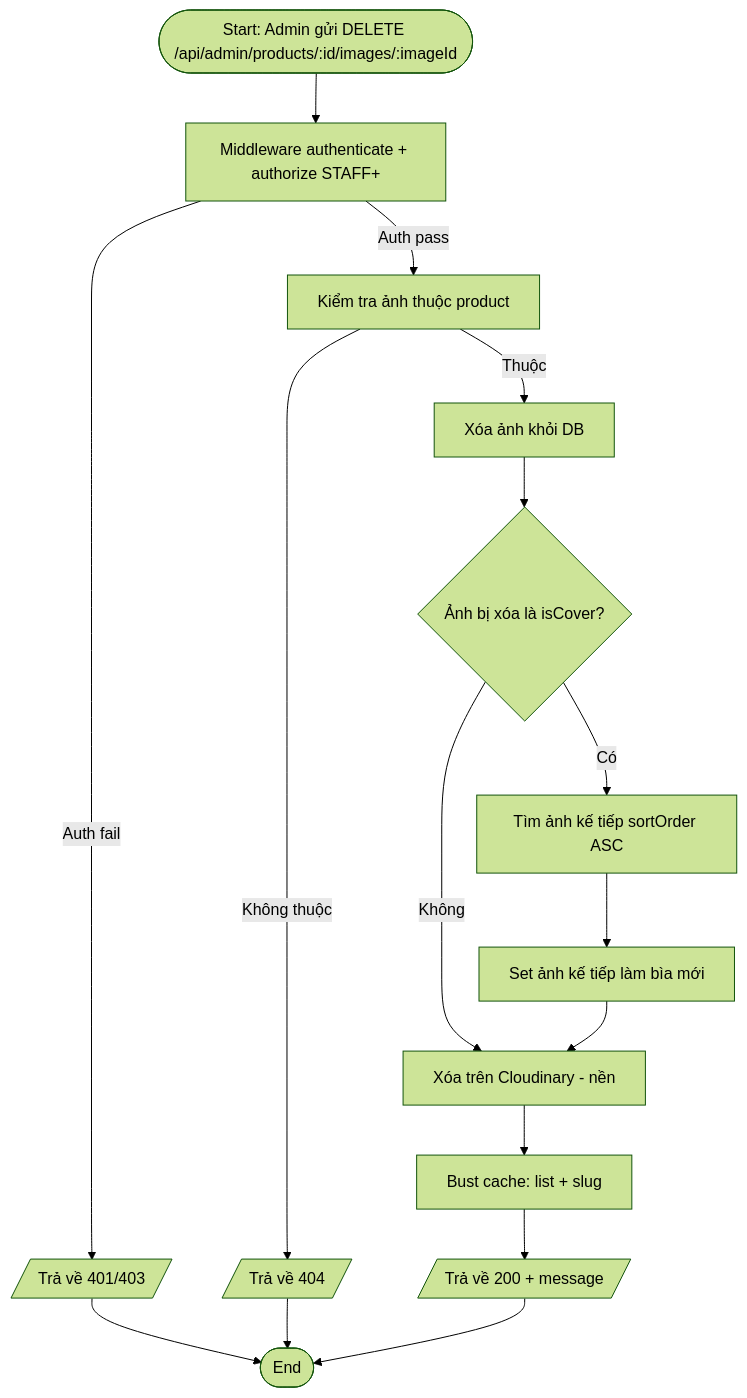
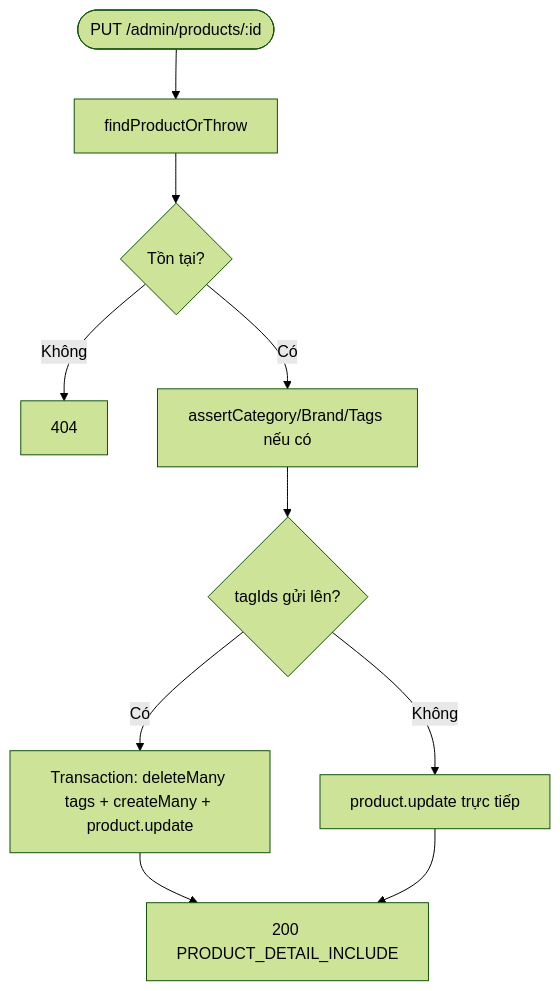
One commit to phamvinh203/mobivexa changed the third of 7 diagrams in docs/Product/ActivityDiagram.md. Above: the diagram before and after it, drawn with Mermaid (forest theme). The commit also changed other lines of this file and 79 other files, not shown here.

Commit message:
📜 Add documentation for Inventory and Favorite modules including Use Cases, API Specifications, and Activity Diagrams

````diff
--- a/docs/Product/ActivityDiagram.md
+++ b/docs/Product/ActivityDiagram.md
@@ -227,18 +53,12 @@
 ```mermaid
 flowchart TD
-    A([Start: Admin gửi DELETE /api/admin/products/:id/images/:imageId]) --> B[Middleware authenticate + authorize STAFF+]
-    B -->|Auth fail| E1[/Trả về 401/403/]
-    B -->|Auth pass| C[Kiểm tra ảnh thuộc product]
-    C -->|Không thuộc| E2[/Trả về 404/]
-    C -->|Thuộc| D[Xóa ảnh khỏi DB]
-    D --> E{Ảnh bị xóa là isCover?}
-    E -->|Có| F[Tìm ảnh kế tiếp sortOrder ASC]
-    E -->|Không| H[Xóa trên Cloudinary - nền]
-    F --> G[Set ảnh kế tiếp làm bìa mới]
+    A([PUT /admin/products/:id]) --> B[findProductOrThrow]
+    B --> C{Tồn tại?}
+    C -- Không --> ERR1[404]
+    C -- Có --> D[assertCategory/Brand/Tags nếu có]
+    D --> E{tagIds gửi lên?}
+    E -- Có --> F[Transaction: deleteMany tags + createMany + product.update]
+    E -- Không --> G[product.update trực tiếp]
+    F --> H[200 PRODUCT_DETAIL_INCLUDE]
     G --> H
-    H --> I[Bust cache: list + slug]
-    I --> J[/Trả về 200 + message/]
-    E1 --> Z([End])
-    E2 --> Z
-    J --> Z
 ```
````
